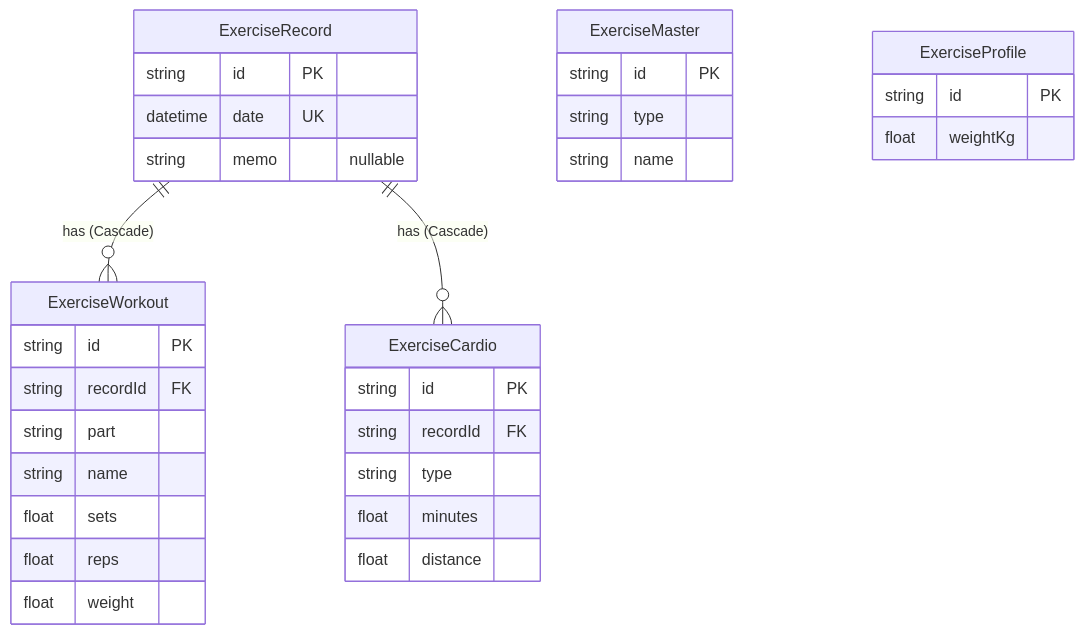
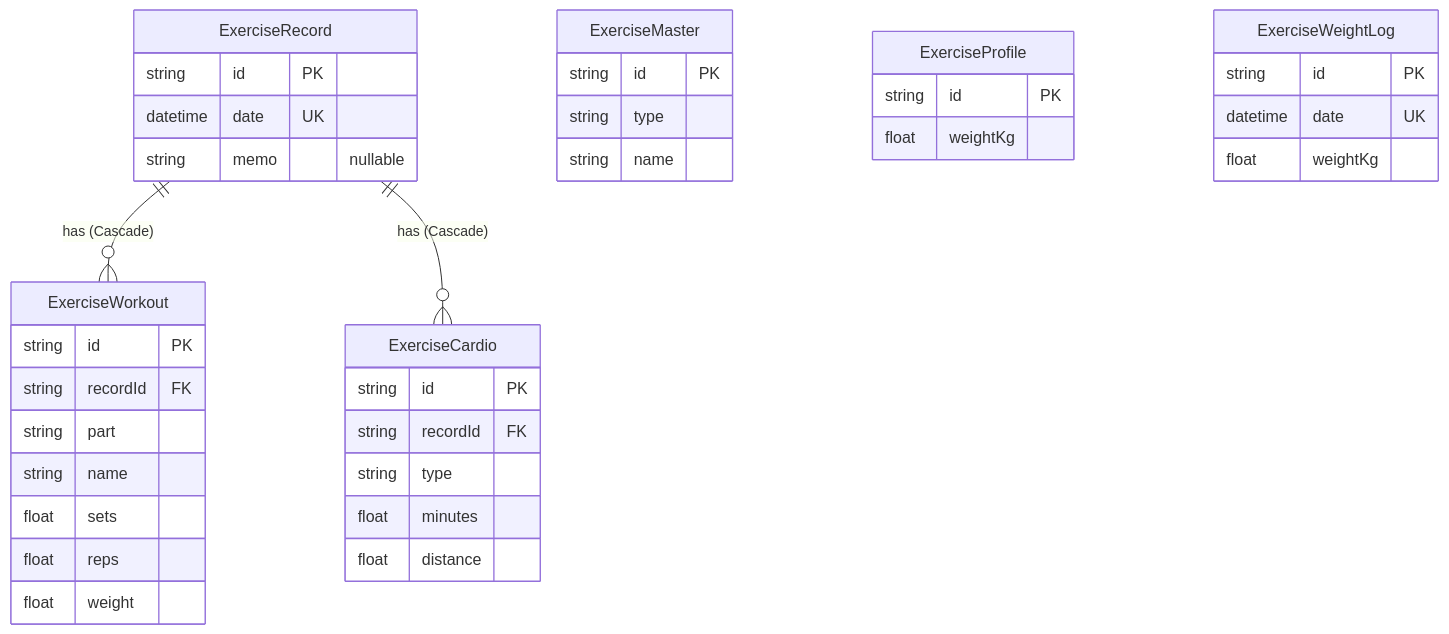
Before and after one commit to kojikawazu/exercise-my-record-web-app: the diagram in docs/05-data-specification.md, drawn with Mermaid. The commit also changed other lines of this file and 31 other files, not shown here.

````diff
--- a/docs/05-data-specification.md
+++ b/docs/05-data-specification.md
@@ -32,36 +34,41 @@
 ```mermaid
 erDiagram
     ExerciseRecord ||--o{ ExerciseWorkout : "has (Cascade)"
     ExerciseRecord ||--o{ ExerciseCardio : "has (Cascade)"
 
     ExerciseRecord {
         string id PK
         datetime date UK
         string memo "nullable"
     }
     ExerciseWorkout {
         string id PK
         string recordId FK
         string part
         string name
         float sets
         float reps
         float weight
     }
     ExerciseCardio {
         string id PK
         string recordId FK
         string type
         float minutes
         float distance
     }
     ExerciseMaster {
         string id PK
         string type
         string name
     }
     ExerciseProfile {
         string id PK
         float weightKg
     }
+    ExerciseWeightLog {
+        string id PK
+        datetime date UK
+        float weightKg
+    }
 ```
````
